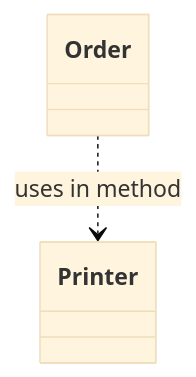
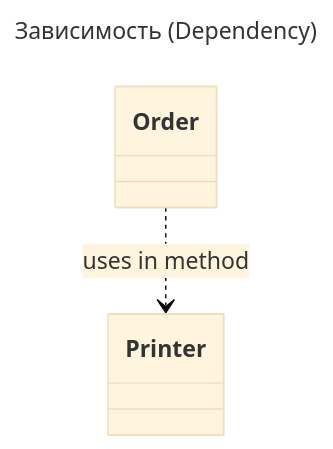
One commit to mrtxee/enterprise-developer-almanac changed the eighth of 13 diagrams in software-engineer/notation/UML.md. Above: the diagram before and after it, drawn with Mermaid (base theme). The commit also changed other lines of this file and 209 other files, not shown here.

````diff
--- a/software-engineer/notation/UML.md
+++ b/software-engineer/notation/UML.md
@@ -210,7 +213,10 @@
 ```mermaid
+---
+title: Зависимость (Dependency)
+---
 classDiagram
     class Order
     class Printer
     
     Order ..> Printer : uses in method
 ```
````
